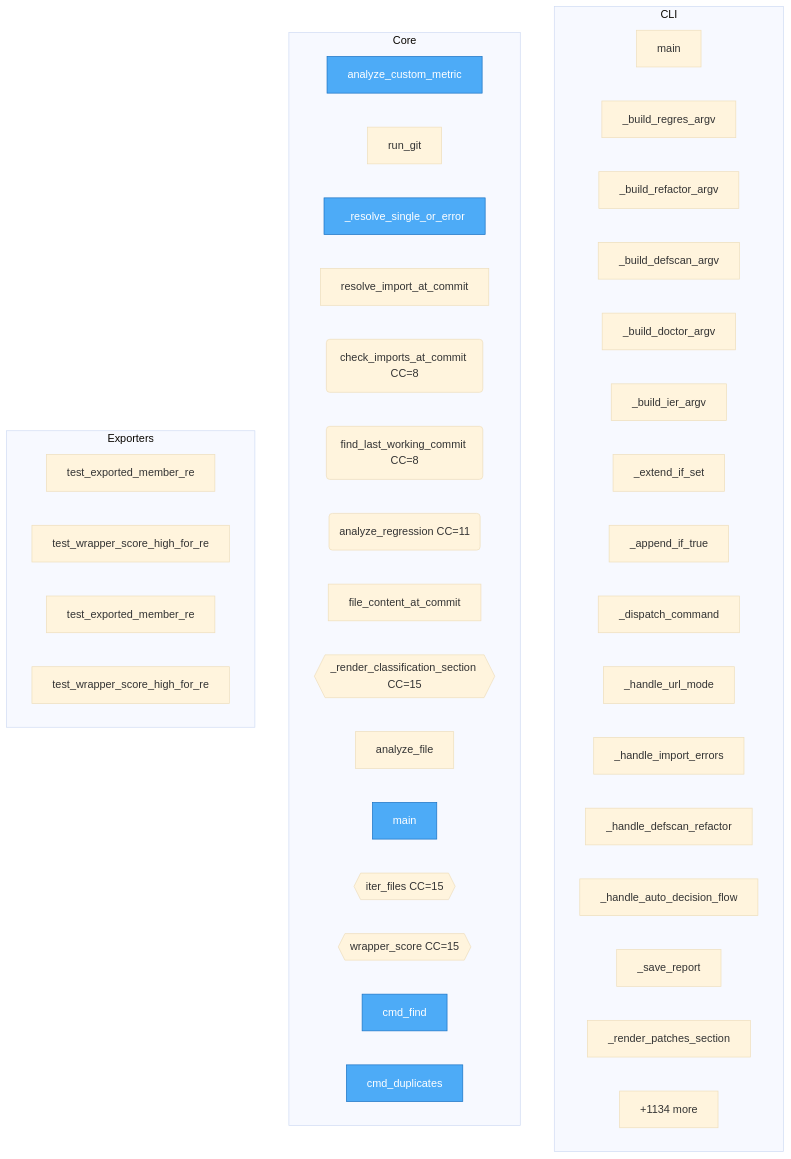
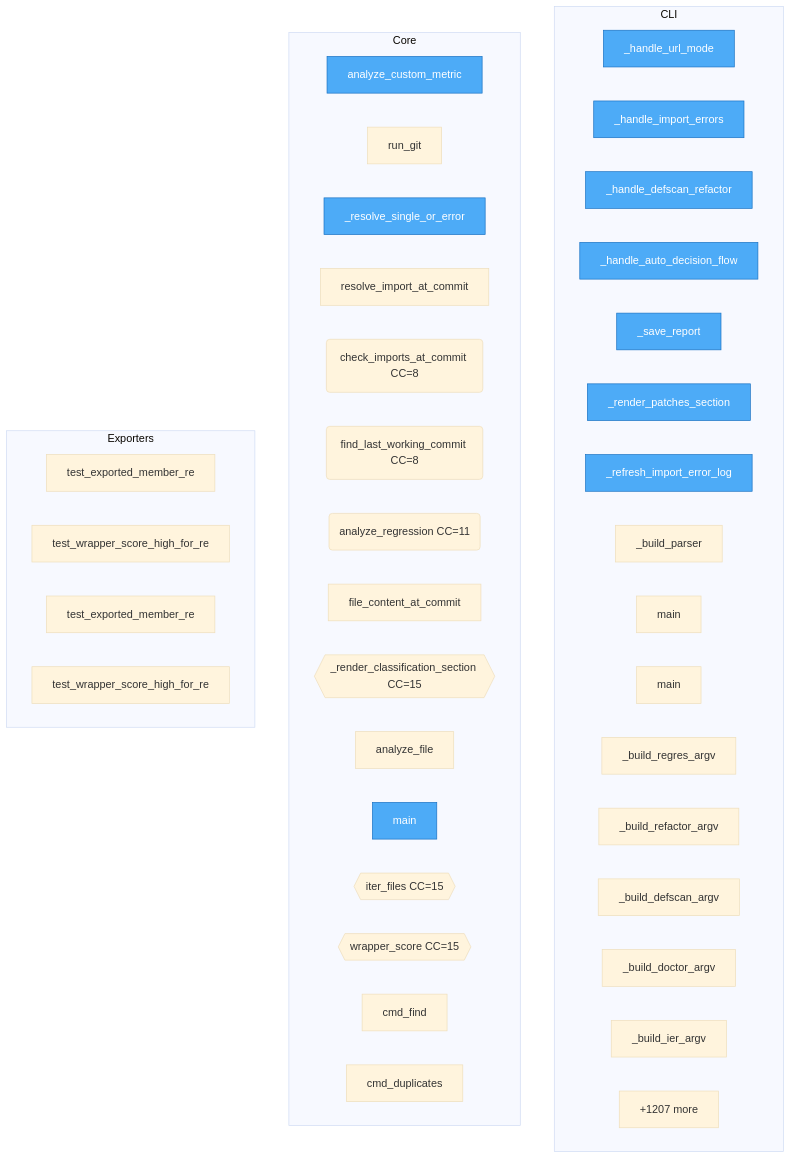
Before and after one commit to semcod/regres: the diagram in project/flow.mmd, drawn with Mermaid (base theme). The commit also changed 26 other files, not shown here.

```diff
--- a/project/flow.mmd
+++ b/project/flow.mmd
@@ -1,51 +1,51 @@
 flowchart TD
 
     %% Entry points (blue)
     classDef entry fill:#4dabf7,stroke:#1971c2,color:#fff
 
     subgraph CLI
+        regres__doctor_cli___handle_url_mode["_handle_url_mode"]
+        regres__doctor_cli___handle_import_errors["_handle_import_errors"]
+        regres__doctor_cli___handle_defscan_refactor["_handle_defscan_refactor"]
+        regres__doctor_cli___handle_auto_decision_flow["_handle_auto_decision_flow"]
+        regres__doctor_cli___save_report["_save_report"]
+        regres__doctor_cli___render_patches_section["_render_patches_section"]
+        regres__doctor_cli___refresh_import_error_log["_refresh_import_error_log"]
+        regres__doctor_cli___build_parser["_build_parser"]
+        regres__doctor_cli__main["main"]
         regres__regres_cli__main["main"]
         regres__regres_cli___build_regres_argv["_build_regres_argv"]
         regres__regres_cli___build_refactor_argv["_build_refactor_argv"]
         regres__regres_cli___build_defscan_argv["_build_defscan_argv"]
         regres__regres_cli___build_doctor_argv["_build_doctor_argv"]
         regres__regres_cli___build_ier_argv["_build_ier_argv"]
-        regres__regres_cli___extend_if_set["_extend_if_set"]
-        regres__regres_cli___append_if_true["_append_if_true"]
-        regres__regres_cli___dispatch_command["_dispatch_command"]
-        regres__doctor_cli___handle_url_mode["_handle_url_mode"]
-        regres__doctor_cli___handle_import_errors["_handle_import_errors"]
-        regres__doctor_cli___handle_defscan_refactor["_handle_defscan_refactor"]
-        regres__doctor_cli___handle_auto_decision_flow["_handle_auto_decision_flow"]
-        regres__doctor_cli___save_report["_save_report"]
-        regres__doctor_cli___render_patches_section["_render_patches_section"]
         ...["+3 more"]
     end
 
     subgraph Core
         docs__DOCTOR__analyze_custom_metric["analyze_custom_metric"]
         regres__regres__run_git["run_git"]
         regres__regres___resolve_single_or_error["_resolve_single_or_error"]
         regres__regres__resolve_import_at_commit["resolve_import_at_commit"]
         regres__regres__check_imports_at_commit("check_imports_at_commit CC=8")
         regres__regres__find_last_working_commit("find_last_working_commit CC=8")
         regres__regres__analyze_regression("analyze_regression CC=11")
         regres__regres__file_content_at_commit["file_content_at_commit"]
         regres__regres___render_classification_section{{_render_classification_section CC=15}}
         regres__regres__analyze_file["analyze_file"]
         regres__regres__main["main"]
         regres__refactor__iter_files{{iter_files CC=15}}
         regres__refactor__wrapper_score{{wrapper_score CC=15}}
         regres__refactor__cmd_find["cmd_find"]
         regres__refactor__cmd_duplicates["cmd_duplicates"]
-        ...["+1134 more"]
+        ...["+1207 more"]
     end
 
     subgraph Exporters
         project__map__toon__test_exported_member_re["test_exported_member_re"]
         project__map__toon__test_wrapper_score_high_for_reexport["test_wrapper_score_high_for_re"]
         SUMD__test_exported_member_re["test_exported_member_re"]
         SUMD__test_wrapper_score_high_for_reexport["test_wrapper_score_high_for_re"]
     end
 
-    class docs__DOCTOR__analyze_custom_metric,regres__regres___resolve_single_or_error,regres__regres__main,regres__refactor__cmd_find,regres__refactor__cmd_duplicates,regres__refactor__cmd_similar,regres__refactor__cmd_symbols,regres__refactor__cmd_wrappers,regres__refactor__cmd_dead,regres__refactor__cmd_diff entry
+    class docs__DOCTOR__analyze_custom_metric,regres__regres___resolve_single_or_error,regres__regres__main,regres__doctor_cli___handle_url_mode,regres__doctor_cli___handle_import_errors,regres__doctor_cli___handle_defscan_refactor,regres__doctor_cli___handle_auto_decision_flow,regres__doctor_cli___save_report,regres__doctor_cli___render_patches_section,regres__doctor_cli___refresh_import_error_log entry
```
